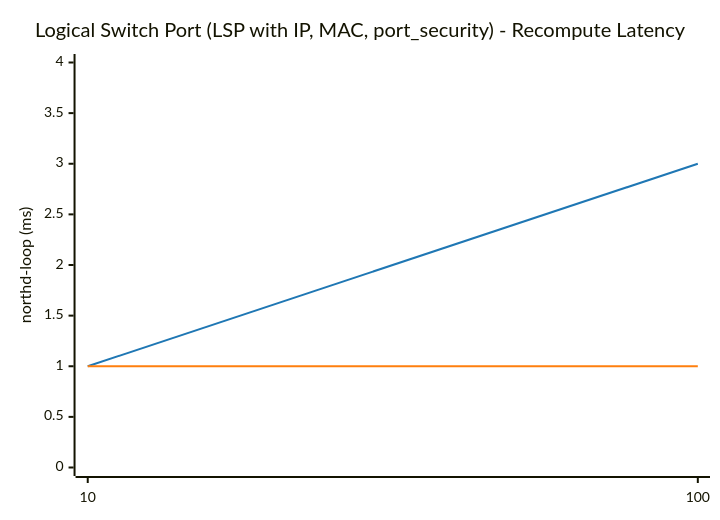
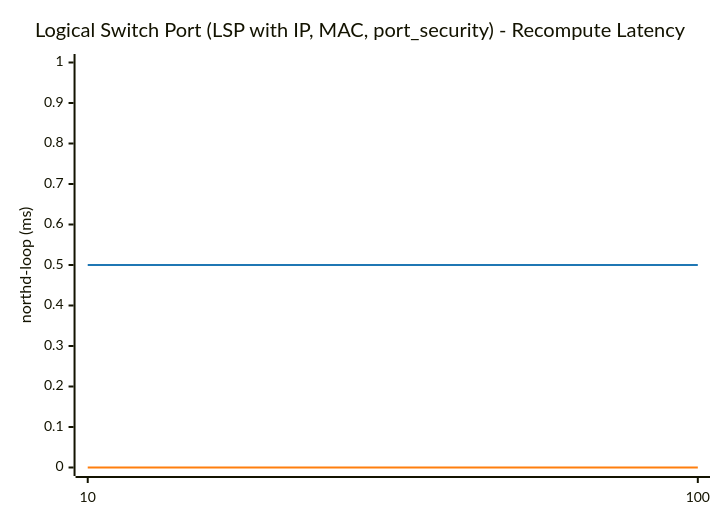
Before and after one commit to LionelJouin/ovs-ovn-bench: the first of 8 diagrams in results/BENCHMARK_REPORT.md, drawn with Mermaid. The commit also changed other lines of this file and 2 other files, not shown here.

````diff
--- a/results/BENCHMARK_REPORT.md
+++ b/results/BENCHMARK_REPORT.md
@@ -62,14 +62,14 @@
 ```mermaid
 ---
 config:
     themeVariables:
         xyChart:
             plotColorPalette: "#1f77b4, #ff7f0e"
 ---
 xychart-beta
     title "Logical Switch Port (LSP with IP, MAC, port_security) - Recompute Latency"
     x-axis ["10", "100"]
-    y-axis "northd-loop (ms)" 0 --> 4
-    line "glibc malloc" [1.0, 3.0]
-    line "jemalloc" [1.0, 1.0]
+    y-axis "northd-loop (ms)" 0 --> 1
+    line "glibc malloc" [0.5, 0.5]
+    line "jemalloc" [0.0, 0.0]
 ```
````
